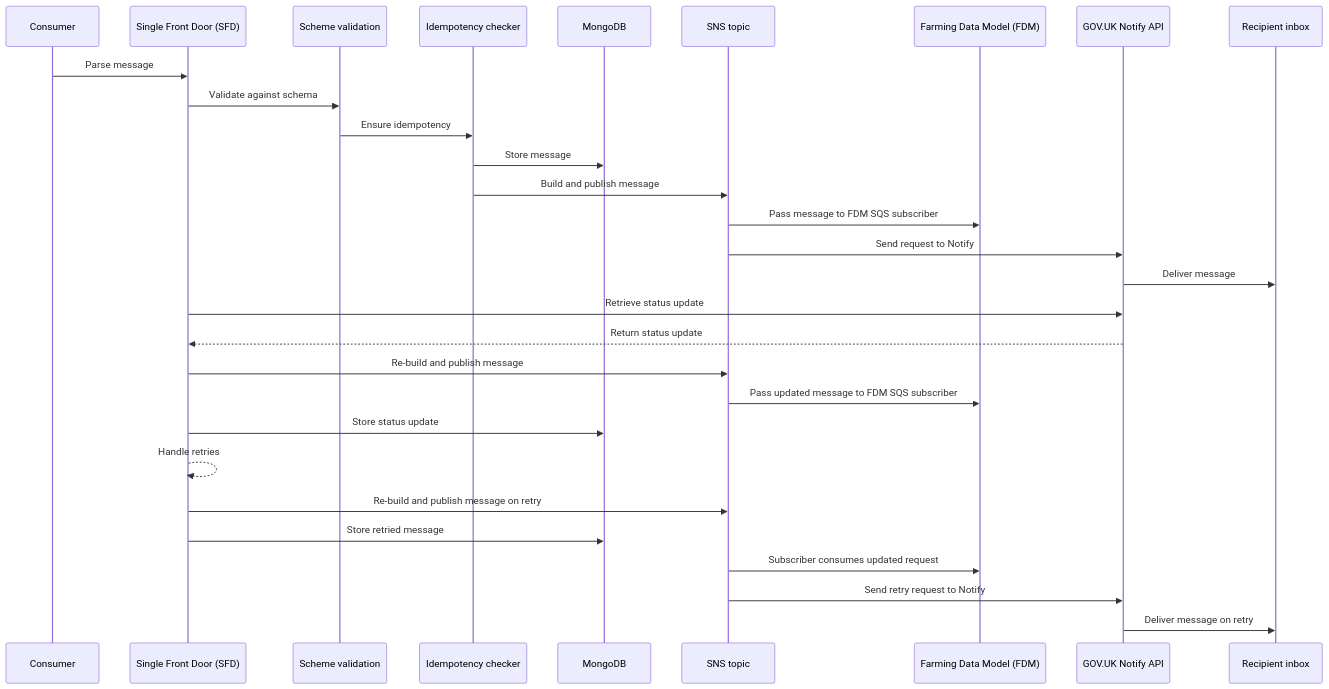
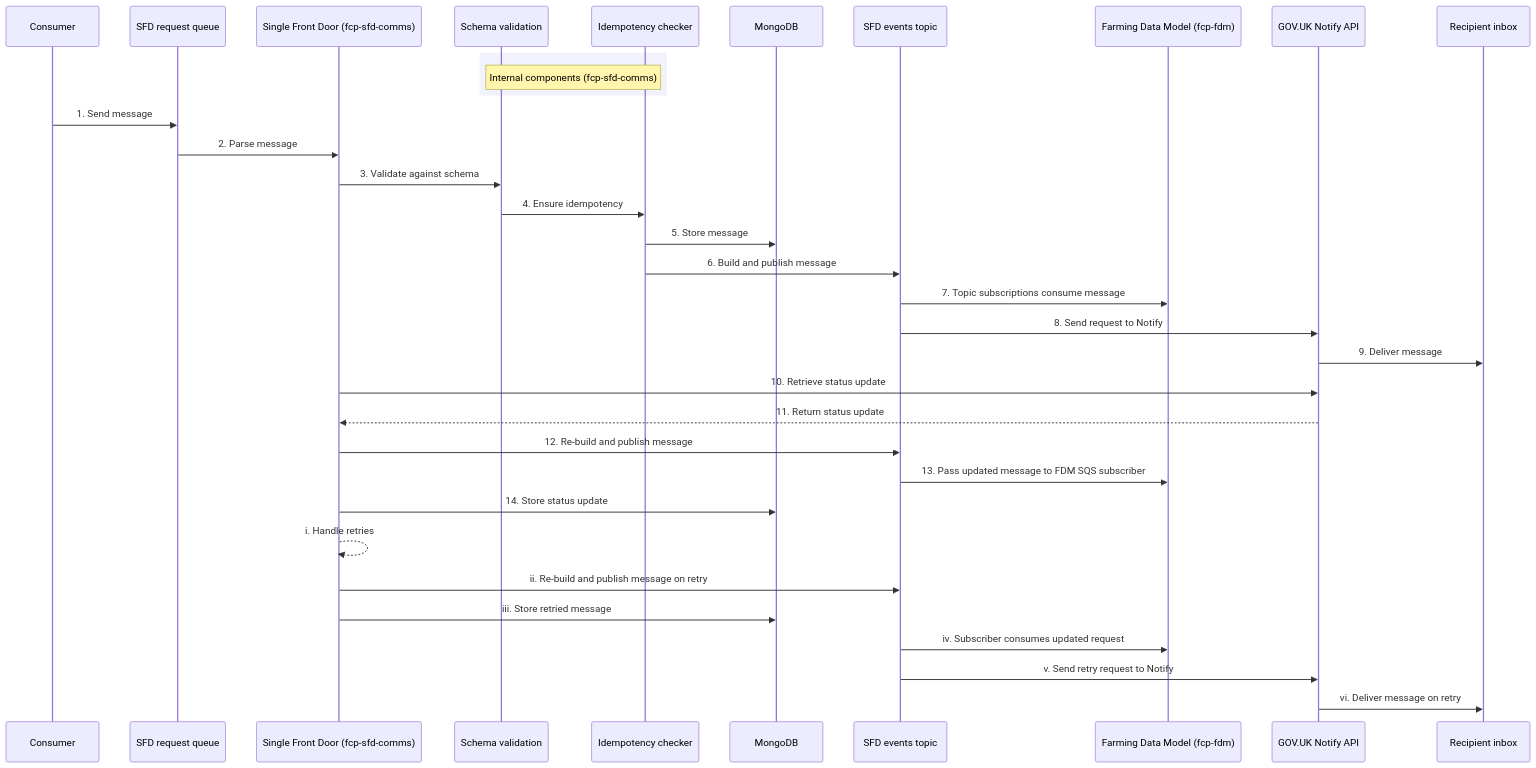
The first of 2 diagrams in README.md (DEFRA/fcp-sfd-comms), drawn with Mermaid before and after one commit. The commit also changed other lines of this file, not shown here.

Commit message:
finalise sequeance diagrams for phases 1 & 2

````diff
--- a/README.md
+++ b/README.md
@@ -21,34 +21,40 @@
 ```mermaid
 sequenceDiagram
     participant CONSUMER as Consumer
-    participant SFD as Single Front Door (SFD)
-    participant VALIDATOR as Scheme validation
+    participant SQS as SFD request queue
+    participant SFD as Single Front Door (fcp-sfd-comms)
+    participant VALIDATOR as Schema validation
     participant IDEMPOTENCY_CHECKER as Idempotency checker
     participant MONGO as MongoDB
-    participant SNS as SNS topic
-    participant FDM as Farming Data Model (FDM)
+    participant SNS as SFD events topic
+    participant FDM as Farming Data Model (fcp-fdm)
     participant NOTIFY as GOV.UK Notify API
     participant RECIPIENT as Recipient inbox
 
-    CONSUMER->>SFD: Parse message
-    SFD->>VALIDATOR: Validate against schema
-    VALIDATOR->>IDEMPOTENCY_CHECKER: Ensure idempotency
-    IDEMPOTENCY_CHECKER->>MONGO: Store message
-    IDEMPOTENCY_CHECKER->>SNS: Build and publish message
-    SNS->>FDM: Pass message to FDM SQS subscriber
-    SNS->>NOTIFY: Send request to Notify
-    NOTIFY->>RECIPIENT: Deliver message
+    rect rgba(230, 230, 250, 0.5)
+        note over VALIDATOR,IDEMPOTENCY_CHECKER: Internal components (fcp-sfd-comms)
+    end
 
-    SFD->>NOTIFY: Retrieve status update
-    NOTIFY-->>SFD: Return status update
-    SFD->>SNS: Re-build and publish message
-    SNS->>FDM: Pass updated message to FDM SQS subscriber
-    SFD->>MONGO: Store status update
+    CONSUMER->>SQS: 1. Send message
+    SQS->>SFD: 2. Parse message
+    SFD->>VALIDATOR: 3. Validate against schema
+    VALIDATOR->>IDEMPOTENCY_CHECKER: 4. Ensure idempotency
+    IDEMPOTENCY_CHECKER->>MONGO: 5. Store message
+    IDEMPOTENCY_CHECKER->>SNS: 6. Build and publish message
+    SNS->>FDM: 7. Topic subscriptions consume message
+    SNS->>NOTIFY: 8. Send request to Notify
+    NOTIFY->>RECIPIENT: 9. Deliver message
 
-    SFD-->>SFD: Handle retries
-    SFD->>SNS: Re-build and publish message on retry
-    SFD->>MONGO: Store retried message
-    SNS->>FDM: Subscriber consumes updated request
-    SNS->>NOTIFY: Send retry request to Notify
-    NOTIFY->>RECIPIENT: Deliver message on retry
+    SFD->>NOTIFY: 10. Retrieve status update
+    NOTIFY-->>SFD: 11. Return status update
+    SFD->>SNS: 12. Re-build and publish message
+    SNS->>FDM: 13. Pass updated message to FDM SQS subscriber
+    SFD->>MONGO: 14. Store status update
+
+    SFD-->>SFD: i. Handle retries
+    SFD->>SNS: ii. Re-build and publish message on retry
+    SFD->>MONGO: iii. Store retried message
+    SNS->>FDM: iv. Subscriber consumes updated request
+    SNS->>NOTIFY: v. Send retry request to Notify
+    NOTIFY->>RECIPIENT: vi. Deliver message on retry
 ```
````
